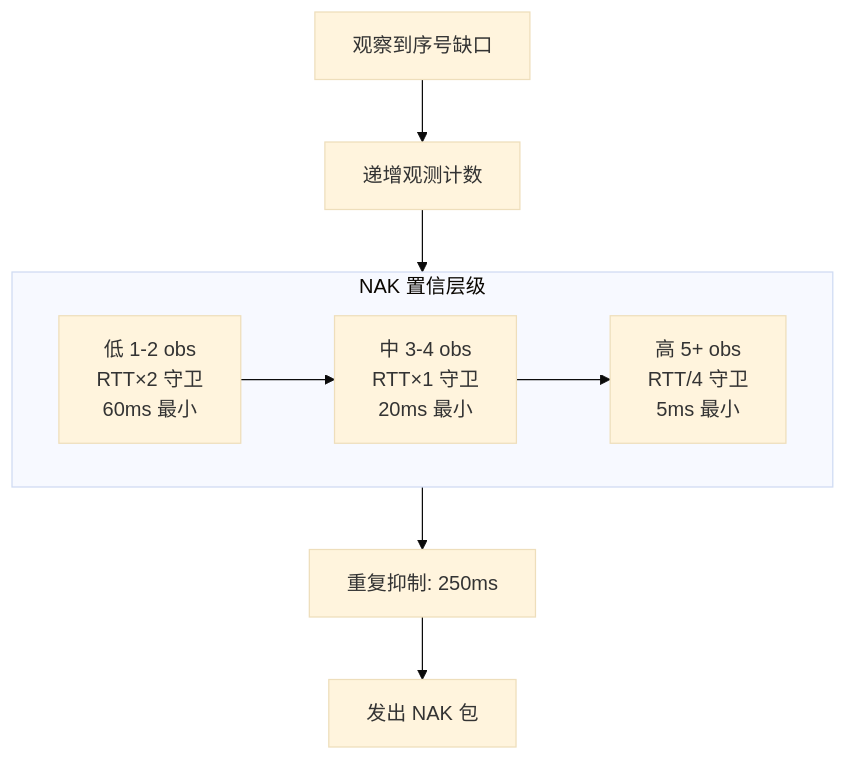
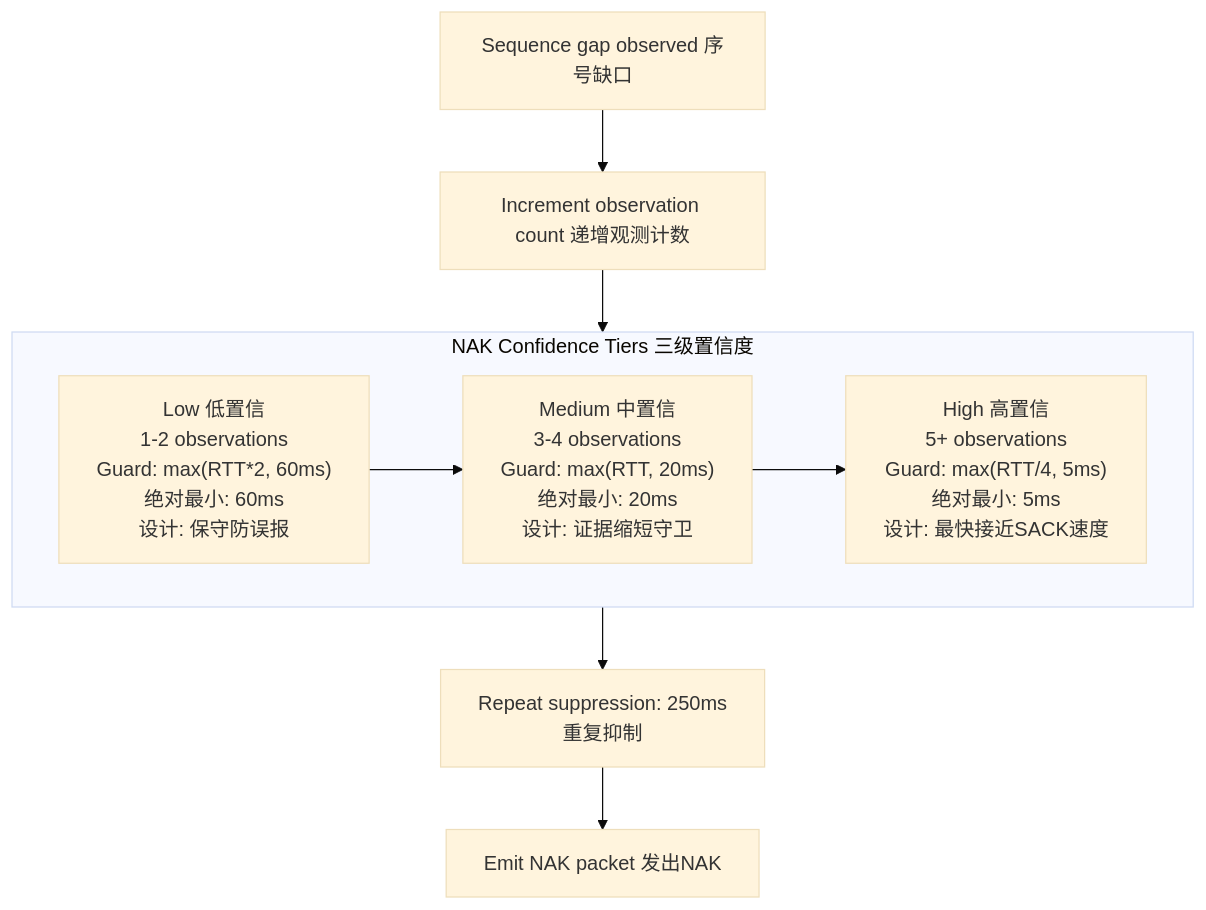
The second of 2 diagrams in docs/constants_CN.md (liulilittle/ucp), drawn with Mermaid (base theme) before and after one commit. The commit also changed other lines of this file and 43 other files, not shown here.

````diff
--- a/docs/constants_CN.md
+++ b/docs/constants_CN.md
@@ -90,13 +98,13 @@
 ```mermaid
 flowchart TD
-    subgraph Tiers[NAK 置信层级]
+    subgraph Tiers["NAK Confidence Tiers 三级置信度"]
         direction LR
-        Low[低 1-2 obs<br/>RTT×2 守卫<br/>60ms 最小] --> Med[中 3-4 obs<br/>RTT×1 守卫<br/>20ms 最小]
-        Med --> High[高 5+ obs<br/>RTT/4 守卫<br/>5ms 最小]
+        Low["Low 低置信<br/>1-2 observations<br/>Guard: max(RTT*2, 60ms)<br/>绝对最小: 60ms<br/>设计: 保守防误报"] --> Med["Medium 中置信<br/>3-4 observations<br/>Guard: max(RTT, 20ms)<br/>绝对最小: 20ms<br/>设计: 证据缩短守卫"]
+        Med --> High["High 高置信<br/>5+ observations<br/>Guard: max(RTT/4, 5ms)<br/>绝对最小: 5ms<br/>设计: 最快接近SACK速度"]
     end
-
-    Gap[观察到序号缺口] --> Count[递增观测计数]
+    
+    Gap["Sequence gap observed 序号缺口"] --> Count["Increment observation count 递增观测计数"]
     Count --> Tiers
-    Tiers --> Suppress[重复抑制: 250ms]
-    Suppress --> Emit[发出 NAK 包]
+    Tiers --> Suppress["Repeat suppression: 250ms<br/>重复抑制"]
+    Suppress --> Emit["Emit NAK packet 发出NAK"]
 ```
````
